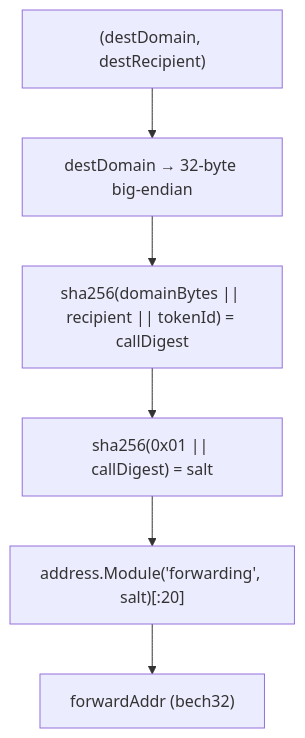
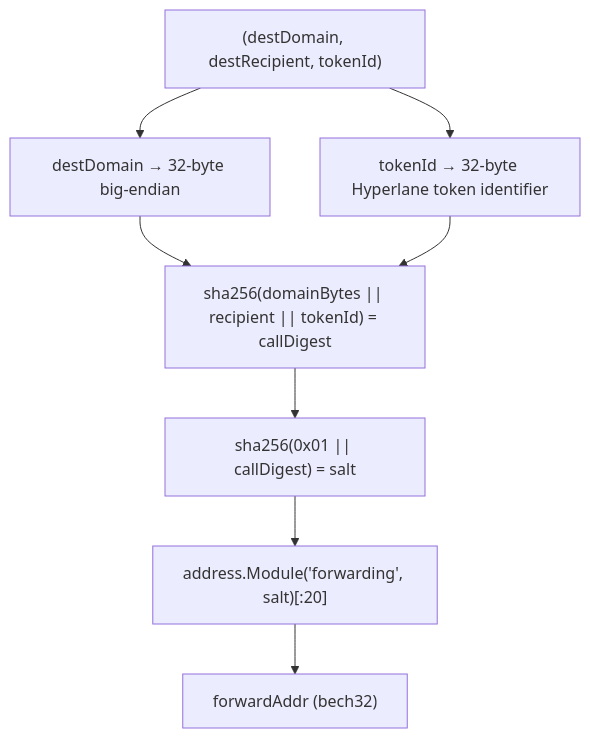
Before and after one commit to celestiaorg/celestia-app: the first of 2 diagrams in x/forwarding/CLAUDE.md, drawn with Mermaid. The commit also changed 5 other files, not shown here.

````diff
--- a/x/forwarding/CLAUDE.md
+++ b/x/forwarding/CLAUDE.md
@@ -18,8 +18,10 @@
 ```mermaid
 flowchart TD
-    A["(destDomain, destRecipient)"] --> B["destDomain → 32-byte big-endian"]
-    B --> C["sha256(domainBytes || recipient || tokenId) = callDigest"]
-    C --> D["sha256(0x01 || callDigest) = salt"]
-    D --> E["address.Module('forwarding', salt)[:20]"]
-    E --> F["forwardAddr (bech32)"]
+    A["(destDomain, destRecipient, tokenId)"] --> B["destDomain → 32-byte big-endian"]
+    A --> C["tokenId → 32-byte Hyperlane token identifier"]
+    B --> D["sha256(domainBytes || recipient || tokenId) = callDigest"]
+    C --> D
+    D --> E["sha256(0x01 || callDigest) = salt"]
+    E --> F["address.Module('forwarding', salt)[:20]"]
+    F --> G["forwardAddr (bech32)"]
 ```
````
